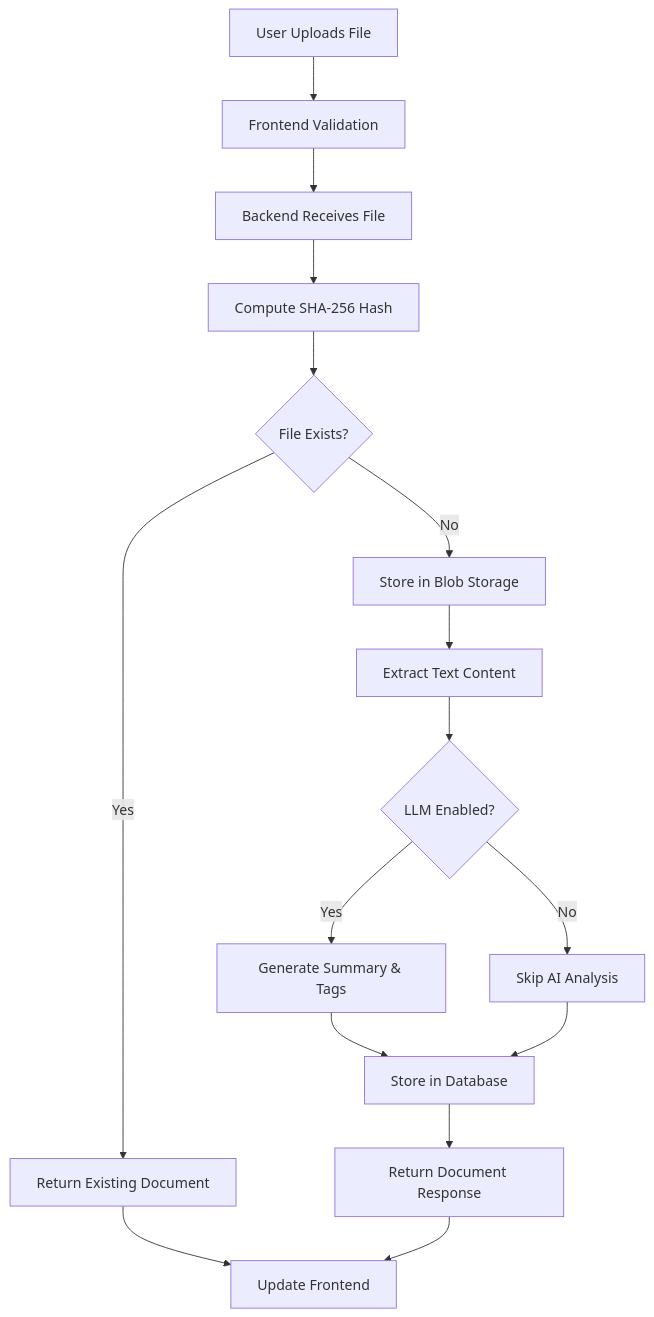
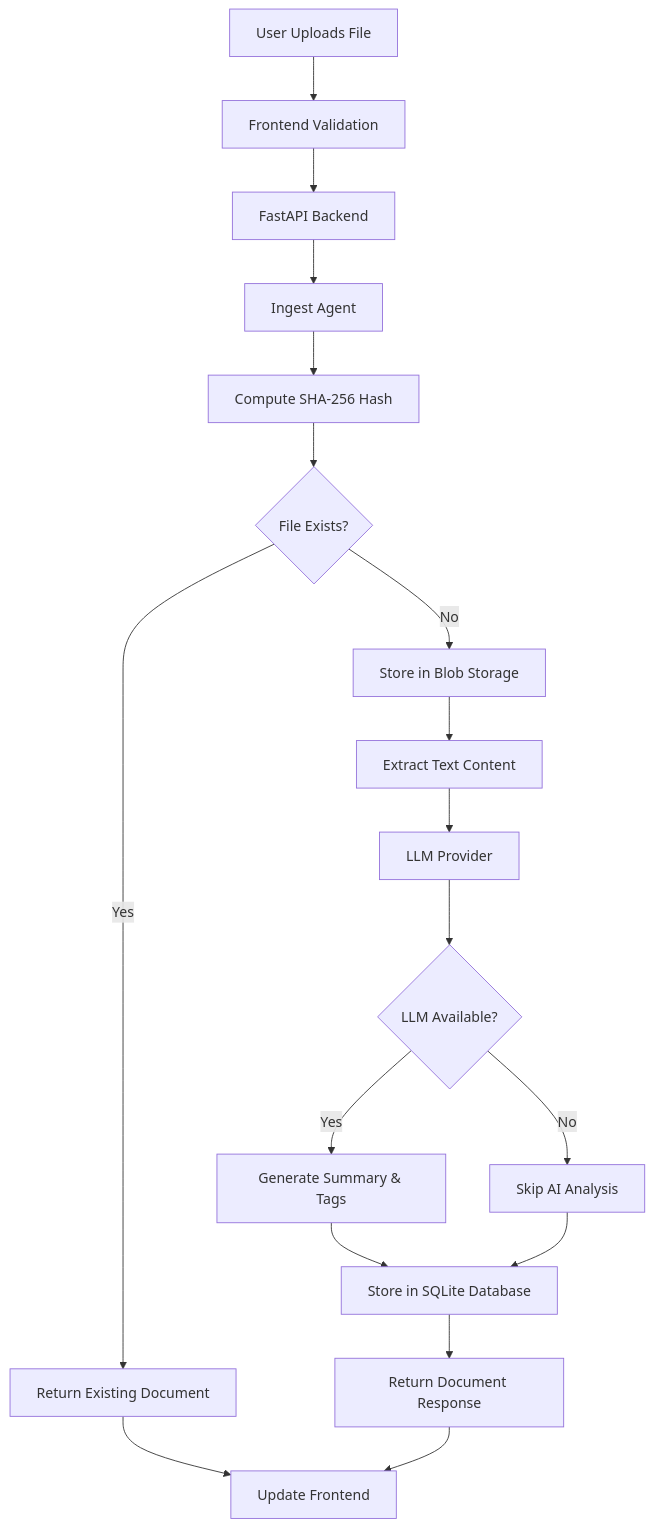
One commit to yashasgc/ArgosOS changed the first of 4 diagrams in ARCHITECTURE.md. Above: the diagram before and after it, drawn with Mermaid. The commit also changed other lines of this file, not shown here.

First line of the commit message:
Update architecture documentation with agentic system design

````diff
--- a/ARCHITECTURE.md
+++ b/ARCHITECTURE.md
@@ -31,18 +189,20 @@
 ```mermaid
 graph TD
     A[User Uploads File] --> B[Frontend Validation]
-    B --> C[Backend Receives File]
-    C --> D[Compute SHA-256 Hash]
-    D --> E{File Exists?}
-    E -->|Yes| F[Return Existing Document]
-    E -->|No| G[Store in Blob Storage]
-    G --> H[Extract Text Content]
-    H --> I{LLM Enabled?}
-    I -->|Yes| J[Generate Summary & Tags]
-    I -->|No| K[Skip AI Analysis]
-    J --> L[Store in Database]
-    K --> L
-    L --> M[Return Document Response]
-    F --> N[Update Frontend]
+    B --> C[FastAPI Backend]
+    C --> D[Ingest Agent]
+    D --> E[Compute SHA-256 Hash]
+    E --> F{File Exists?}
+    F -->|Yes| G[Return Existing Document]
+    F -->|No| H[Store in Blob Storage]
+    H --> I[Extract Text Content]
+    I --> J[LLM Provider]
+    J --> K{LLM Available?}
+    K -->|Yes| L[Generate Summary & Tags]
+    K -->|No| M[Skip AI Analysis]
+    L --> N[Store in SQLite Database]
     M --> N
+    N --> O[Return Document Response]
+    G --> P[Update Frontend]
+    O --> P
 ```
````
